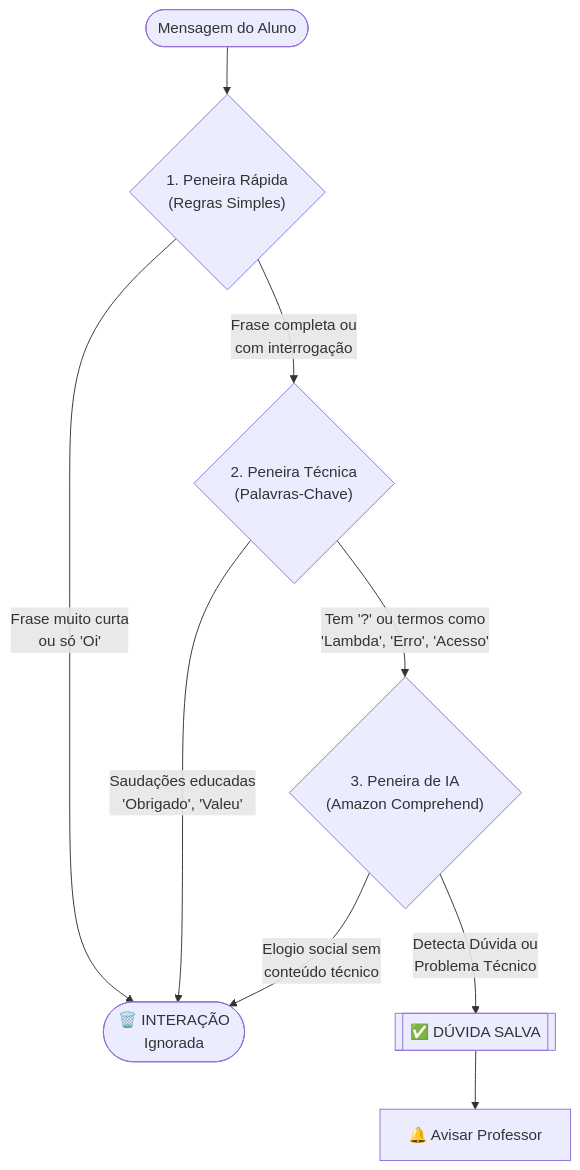
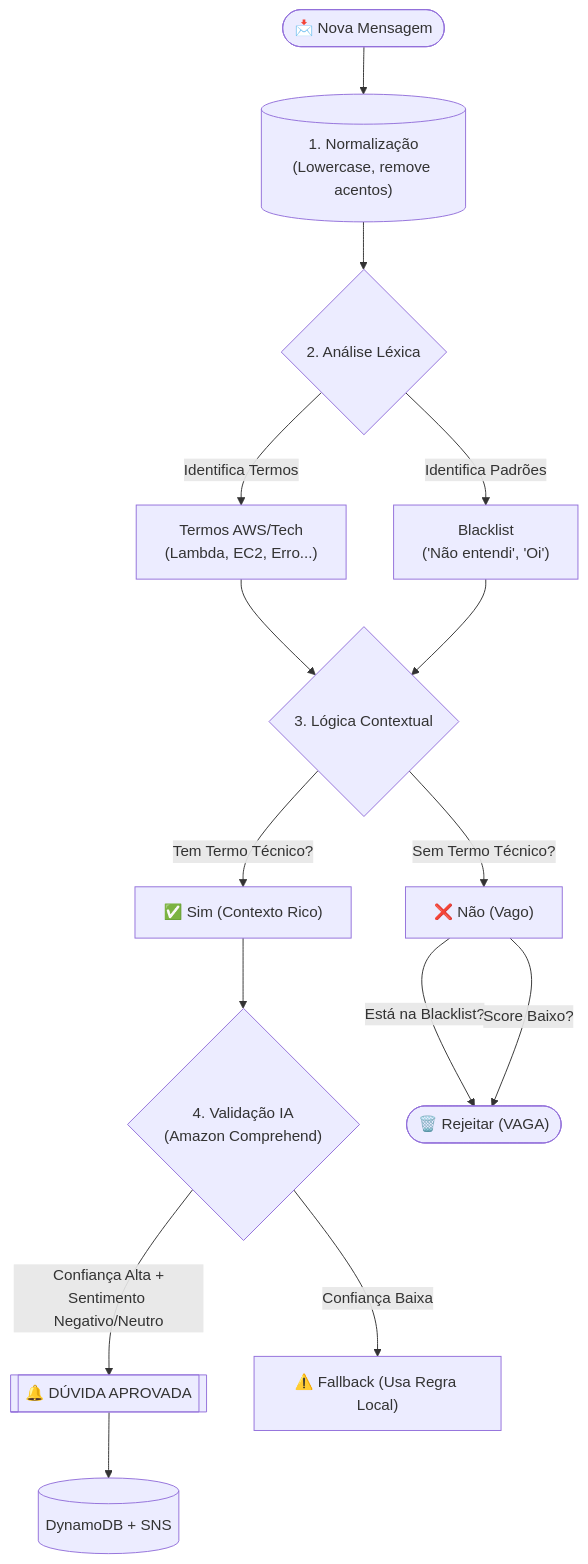
The diagram in docs/algorithm.md (DessimA/smartclass-qa), drawn with Mermaid before and after one commit. The commit also changed other lines of this file and 13 other files, not shown here.

````diff
--- a/docs/algorithm.md
+++ b/docs/algorithm.md
@@ -9,16 +13,24 @@
 ```mermaid
 flowchart TD
-    Inicio(["Mensagem do Aluno"]) --> Camada1{"1. Peneira Rápida<br/>(Regras Simples)"}
+    Inicio(["📩 Nova Mensagem"]) --> Normalizacao[("1. Normalização<br/>(Lowercase, remove acentos)")]
     
-    Camada1 -- "Frase muito curta<br/>ou só 'Oi'" --> Lixeira(["🗑️ INTERAÇÃO<br/>Ignorada"])
+    Normalizacao --> AnaliseLexica{"2. Análise Léxica"}
     
-    Camada1 -- "Frase completa ou<br/>com interrogação" --> Camada2{"2. Peneira Técnica<br/>(Palavras-Chave)"}
-
-    Camada2 -- "Tem '?' ou termos como<br/>'Lambda', 'Erro', 'Acesso'" --> Camada3{"3. Peneira de IA<br/>(Amazon Comprehend)"}
-    Camada2 -- "Saudações educadas<br/>'Obrigado', 'Valeu'" --> Lixeira
-
-    Camada3 -- "Detecta Dúvida ou<br/>Problema Técnico" --> Sucesso[["✅ DÚVIDA SALVA"]]
-    Camada3 -- "Elogio social sem<br/>conteúdo técnico" --> Lixeira
-
-    Sucesso --> Notificar["🔔 Avisar Professor"]
+    AnaliseLexica -- "Identifica Termos" --> TermosTecnicos["Termos AWS/Tech<br/>(Lambda, EC2, Erro...)"]
+    AnaliseLexica -- "Identifica Padrões" --> Blacklist["Blacklist<br/>('Não entendi', 'Oi')"]
+    
+    TermosTecnicos --> DecisaoLogica{"3. Lógica Contextual"}
+    Blacklist --> DecisaoLogica
+    
+    DecisaoLogica -- "Tem Termo Técnico?" --> SimTermo["✅ Sim (Contexto Rico)"]
+    DecisaoLogica -- "Sem Termo Técnico?" --> NaoTermo["❌ Não (Vago)"]
+    
+    SimTermo --> IA{"4. Validação IA<br/>(Amazon Comprehend)"}
+    NaoTermo -- "Está na Blacklist?" --> Lixeira(["🗑️ Rejeitar (VAGA)"])
+    NaoTermo -- "Score Baixo?" --> Lixeira
+    
+    IA -- "Confiança Alta +<br/>Sentimento Negativo/Neutro" --> Aprovado[["🔔 DÚVIDA APROVADA"]]
+    IA -- "Confiança Baixa" --> Fallback["⚠️ Fallback (Usa Regra Local)"]
+    
+    Aprovado --> Persistencia[("DynamoDB + SNS")]
 ```
````
